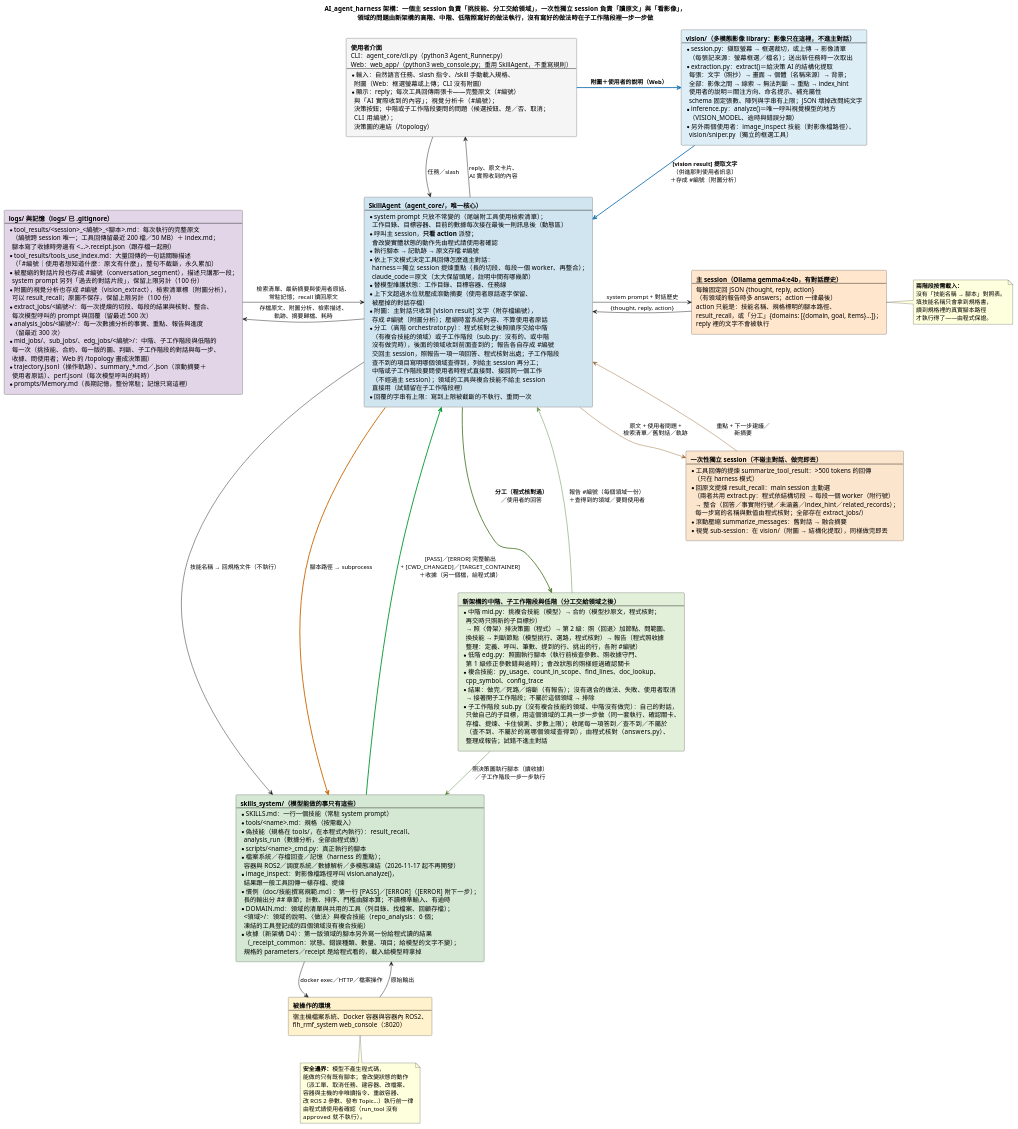
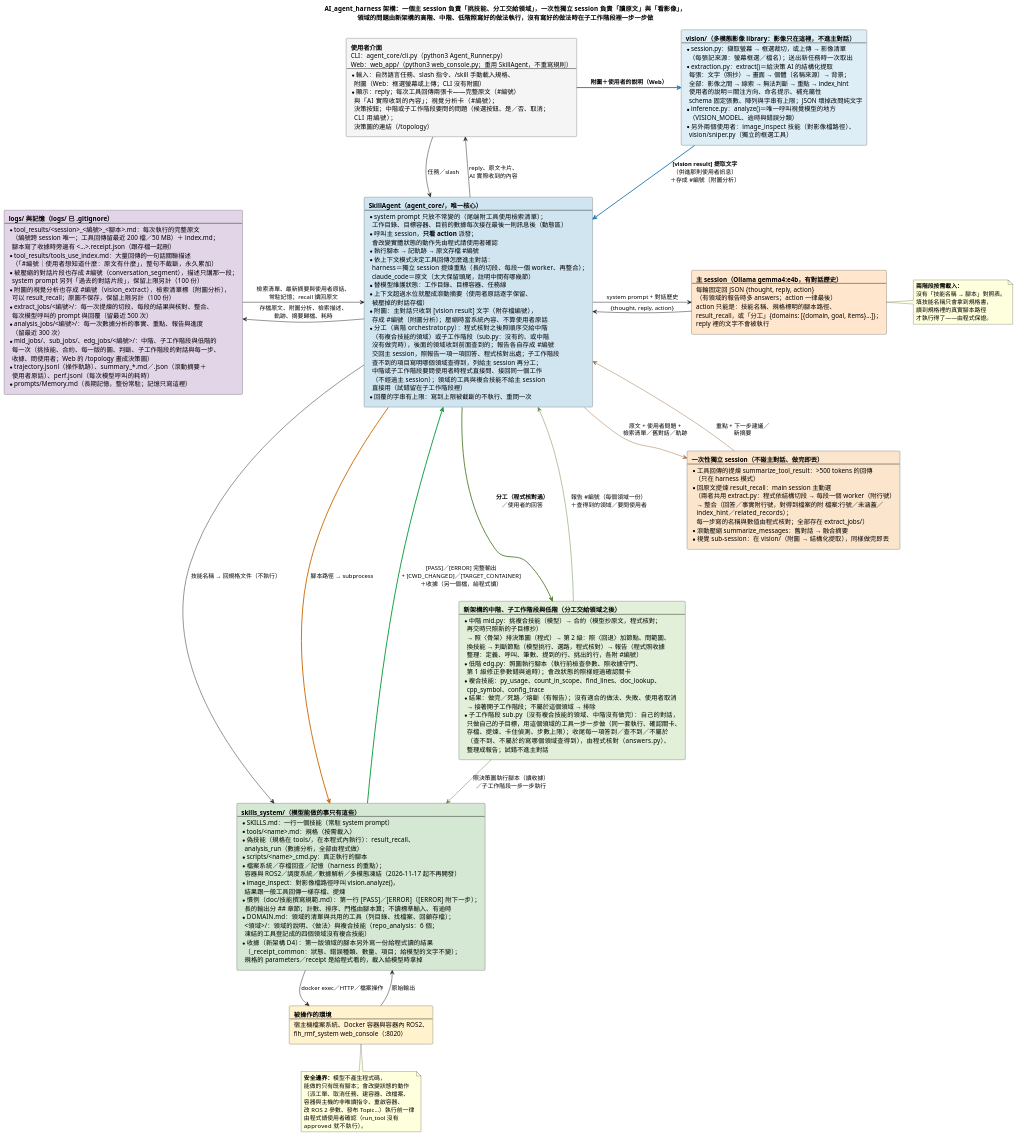
Before and after one commit to DavidZox/Coding_agnet: the diagram in doc/diagrams/AI_agent_harness的說明.puml, drawn with PlantUML. The commit also changed 20 other files, not shown here.

```diff
--- a/doc/diagrams/AI_agent_harness的說明.puml
+++ b/doc/diagrams/AI_agent_harness的說明.puml
@@ -82,7 +82,8 @@
     （只在 harness 模式）
   * 回原文提煉 result_recall：main session 主動選
     （兩者共用 extract.py：程式依結構切段 → 每段一個 worker（附行號）
-     → 整合（回答／事實附行號／未涵蓋／index_hint／related_records）；
+     → 整合（回答／事實附行號，對得到檔案的附 檔案:行號／未涵蓋／
+     index_hint／related_records）；
      每一步寫的名稱與數值由程式核對；全部存在 extract_jobs/）
   * 滾動壓縮 summarize_messages：舊對話 → 融合摘要
   * 視覺 sub-session：在 vision/（附圖 → 結構化提取），同樣做完即丟
```
